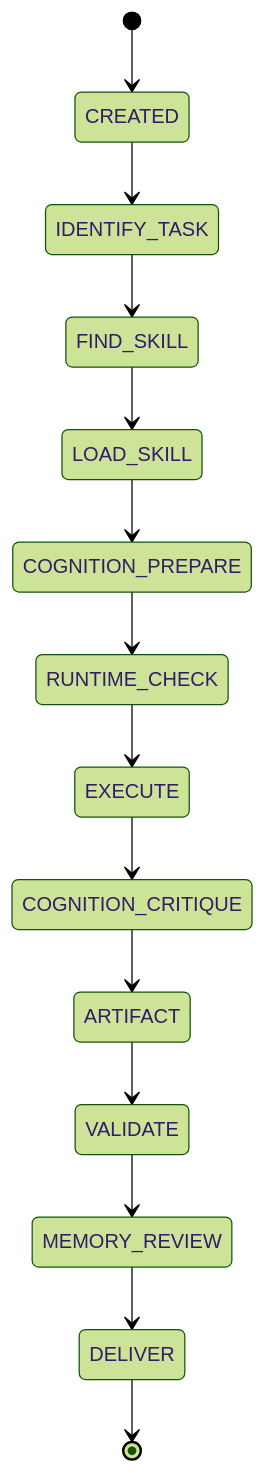
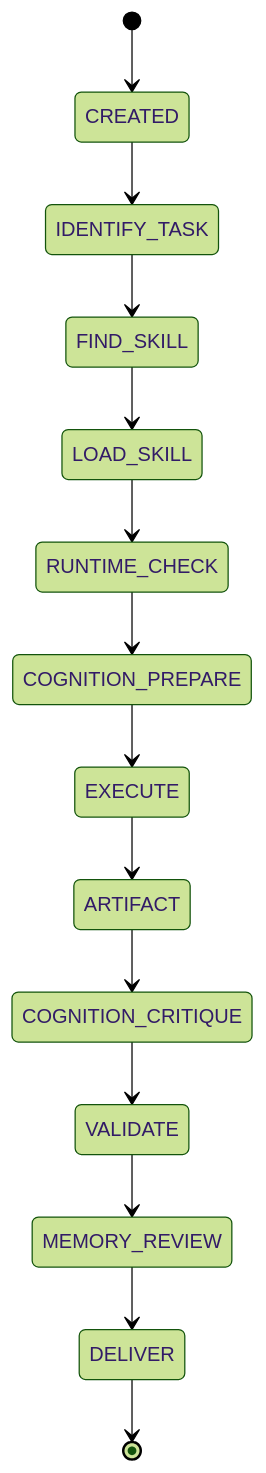
One commit to du4li4-speculus/personal-agent-os changed the second of 2 diagrams in docs/AGENT_OS_ARCHITECTURE_EVOLUTION_v0.3_PLUS.md. Above: the diagram before and after it, drawn with Mermaid (forest theme). The commit also changed other lines of this file and 7 other files, not shown here.

````diff
--- a/docs/AGENT_OS_ARCHITECTURE_EVOLUTION_v0.3_PLUS.md
+++ b/docs/AGENT_OS_ARCHITECTURE_EVOLUTION_v0.3_PLUS.md
@@ -92,16 +92,16 @@
 ```mermaid
 stateDiagram-v2
     [*] --> CREATED
     CREATED --> IDENTIFY_TASK
     IDENTIFY_TASK --> FIND_SKILL
     FIND_SKILL --> LOAD_SKILL
-    LOAD_SKILL --> COGNITION_PREPARE
-    COGNITION_PREPARE --> RUNTIME_CHECK
-    RUNTIME_CHECK --> EXECUTE
-    EXECUTE --> COGNITION_CRITIQUE
-    COGNITION_CRITIQUE --> ARTIFACT
-    ARTIFACT --> VALIDATE
+    LOAD_SKILL --> RUNTIME_CHECK
+    RUNTIME_CHECK --> COGNITION_PREPARE
+    COGNITION_PREPARE --> EXECUTE
+    EXECUTE --> ARTIFACT
+    ARTIFACT --> COGNITION_CRITIQUE
+    COGNITION_CRITIQUE --> VALIDATE
     VALIDATE --> MEMORY_REVIEW
     MEMORY_REVIEW --> DELIVER
     DELIVER --> [*]
 ```
````
